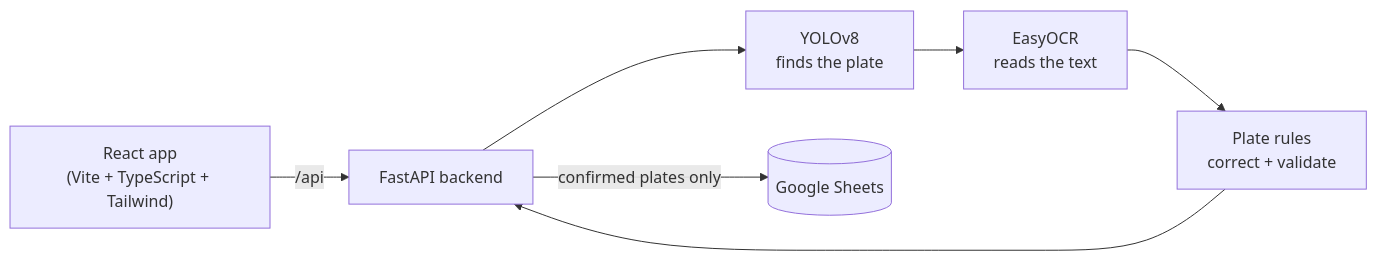
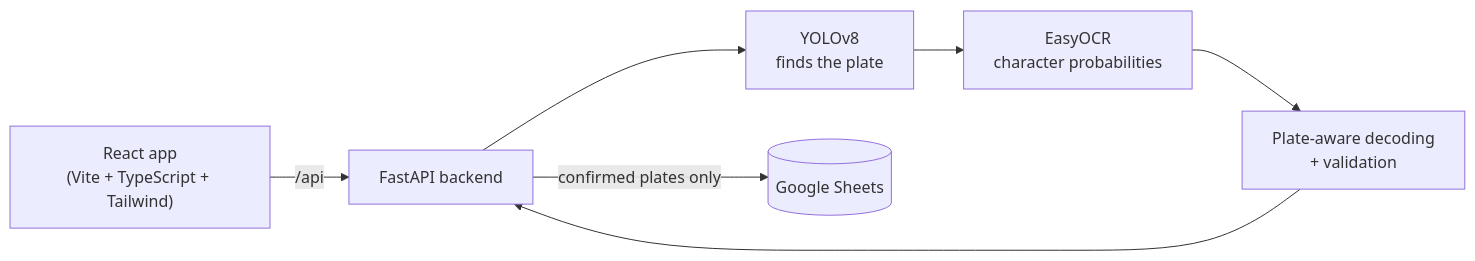
The diagram in README.md (mohnish4code/Vehicle-Detection-System), drawn with Mermaid before and after one commit. The commit also changed other lines of this file, not shown here.

Commit message:
Document plate-aware decoding and accuracy in README

````diff
--- a/README.md
+++ b/README.md
@@ -33,9 +61,9 @@
 ```mermaid
 flowchart LR
     A["React app<br/>(Vite + TypeScript + Tailwind)"] -- "/api" --> B["FastAPI backend"]
     B --> C["YOLOv8<br/>finds the plate"]
-    C --> D["EasyOCR<br/>reads the text"]
-    D --> E["Plate rules<br/>correct + validate"]
+    C --> D["EasyOCR<br/>character probabilities"]
+    D --> E["Plate-aware decoding<br/>+ validation"]
     E --> B
     B -- "confirmed plates only" --> F[("Google Sheets")]
 ```
````
